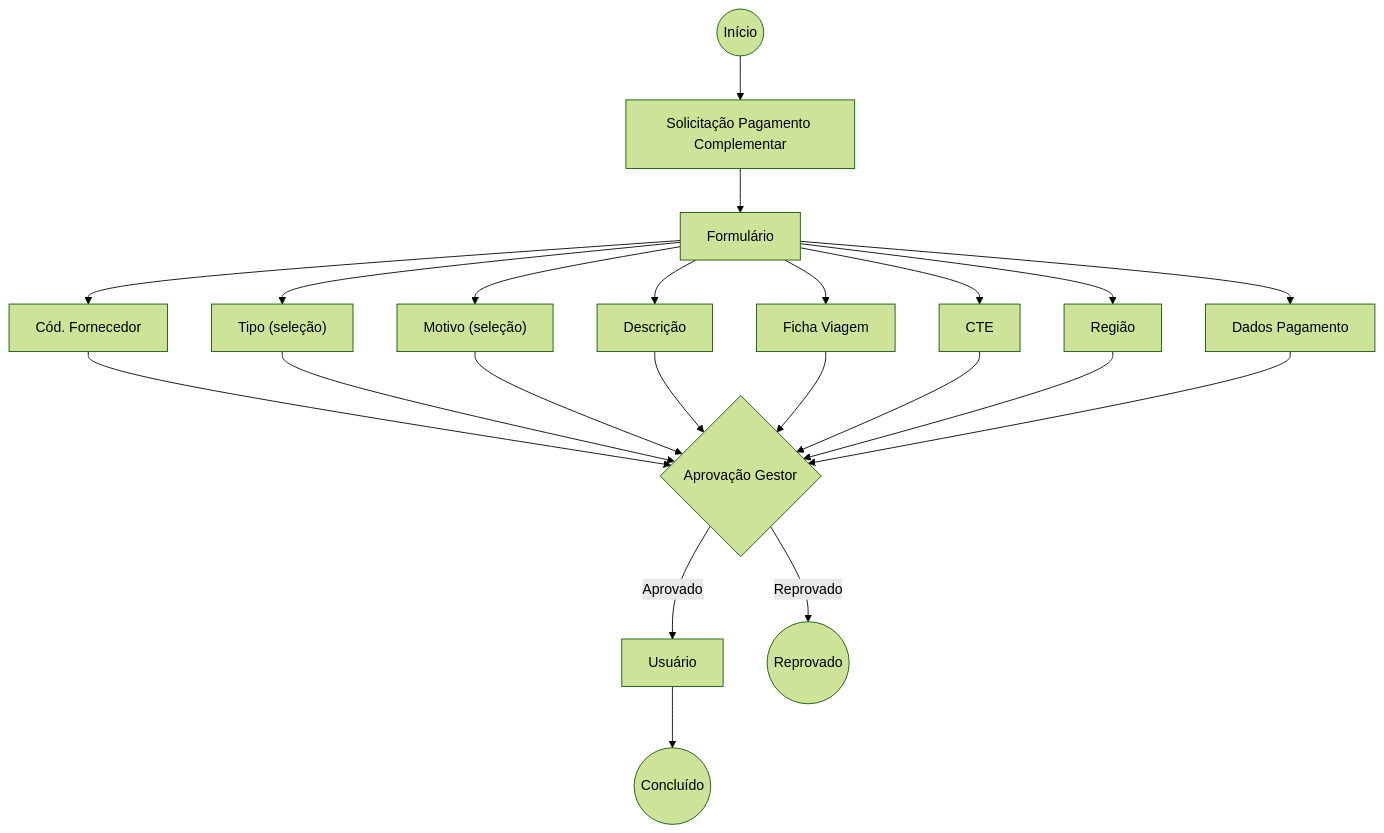
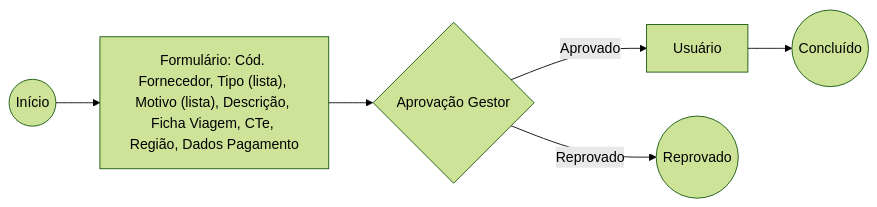
One commit to elofavoritos-glitch/fluxograma-financeiro-elo changed the diagram in fluxogramas/04-solicitacao-pagamento.md. Above: the diagram before and after it, drawn with Mermaid (forest theme). The commit also changed other lines of this file and 8 other files, not shown here.

````diff
--- a/fluxogramas/04-solicitacao-pagamento.md
+++ b/fluxogramas/04-solicitacao-pagamento.md
@@ -6,19 +3,8 @@
 ```mermaid
-flowchart TD
-    START((Início)) --> SOLIC[Solicitação Pagamento Complementar]
-
-    SOLIC --> FORM[Formulário]
-    FORM --> F1[Cód. Fornecedor]
-    FORM --> F2["Tipo (seleção)"]
-    FORM --> F3["Motivo (seleção)"]
-    FORM --> F4[Descrição]
-    FORM --> F5[Ficha Viagem]
-    FORM --> F6[CTE]
-    FORM --> F7[Região]
-    FORM --> F8[Dados Pagamento]
-
-    F1 & F2 & F3 & F4 & F5 & F6 & F7 & F8 --> APROV{Aprovação Gestor}
-    APROV -->|Aprovado| USER[Usuário]
-    APROV -->|Reprovado| FIM_REP((Reprovado))
-    USER --> FIM((Concluído))
+flowchart LR
+    START((Início)) --> FORM["Formulário: Cód. Fornecedor, Tipo (lista), Motivo (lista), Descrição, Ficha Viagem, CTe, Região, Dados Pagamento"]
+    FORM --> AG{Aprovação Gestor}
+    AG -->|Aprovado| USR[Usuário]
+    AG -->|Reprovado| REP((Reprovado))
+    USR --> FIM((Concluído))
 ```
````
